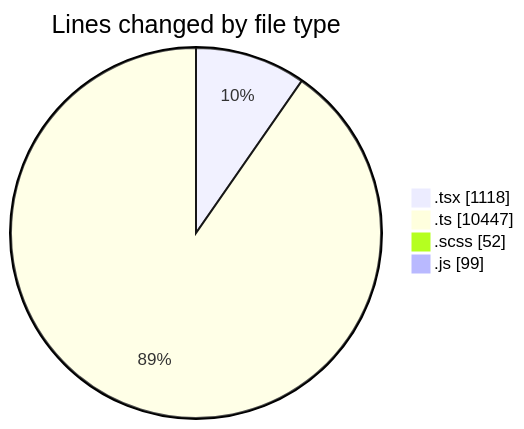
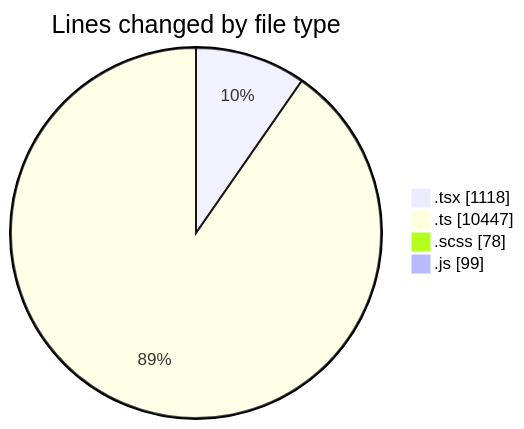
One commit to momahboobian/code-tracking changed the first of 2 diagrams in 2025-03-26/cda/README.md. Above: the diagram before and after it, drawn with Mermaid. The commit also changed other lines of this file and 1 other file, not shown here.

````diff
--- a/2025-03-26/cda/README.md
+++ b/2025-03-26/cda/README.md
@@ -42,8 +42,8 @@
 ```mermaid
 pie showData
 title Lines changed by file type
 ".tsx" : 1118
 ".ts" : 10447
-".scss" : 52
+".scss" : 78
 ".js" : 99
 ```
````
